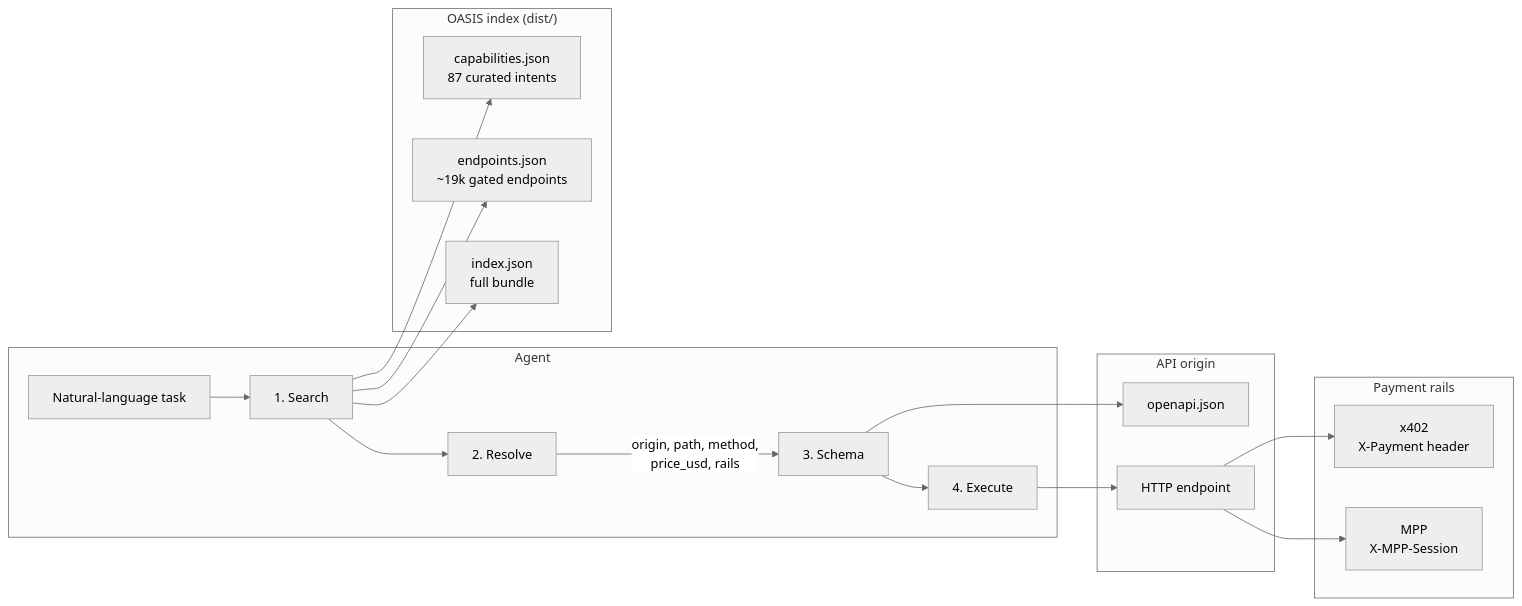
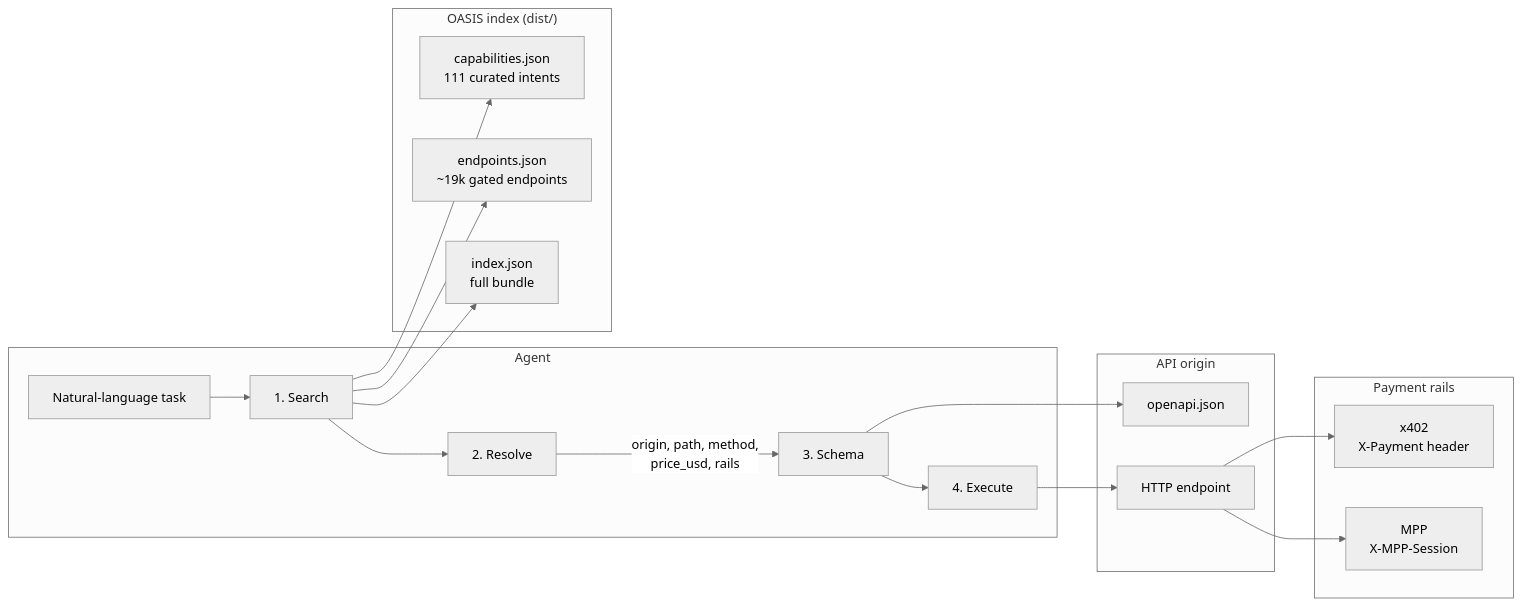
The first of 5 diagrams in ARCHITECTURE.md (Syntalic/OASIS), drawn with Mermaid (neutral theme) before and after one commit. The commit also changed other lines of this file and 82 other files, not shown here.

````diff
--- a/ARCHITECTURE.md
+++ b/ARCHITECTURE.md
@@ -12,38 +12,38 @@
 ```mermaid
 flowchart LR
   subgraph agent["Agent"]
     Q["Natural-language task"]
     S["1. Search"]
     R["2. Resolve"]
     SC["3. Schema"]
     X["4. Execute"]
   end
 
   subgraph oasis["OASIS index (dist/)"]
-    CAP["capabilities.json<br/>87 curated intents"]
+    CAP["capabilities.json<br/>111 curated intents"]
     EP["endpoints.json<br/>~19k gated endpoints"]
     IDX["index.json<br/>full bundle"]
   end
 
   subgraph origin["API origin"]
     OAPI["openapi.json"]
     API["HTTP endpoint"]
   end
 
   subgraph payment["Payment rails"]
     X402["x402<br/>X-Payment header"]
     MPP["MPP<br/>X-MPP-Session"]
   end
 
   Q --> S
   S --> CAP
   S --> EP
   S --> IDX
   S --> R
   R -->|"origin, path, method,<br/>price_usd, rails"| SC
   SC --> OAPI
   SC --> X
   X --> API
   API --> X402
   API --> MPP
 ```
````
